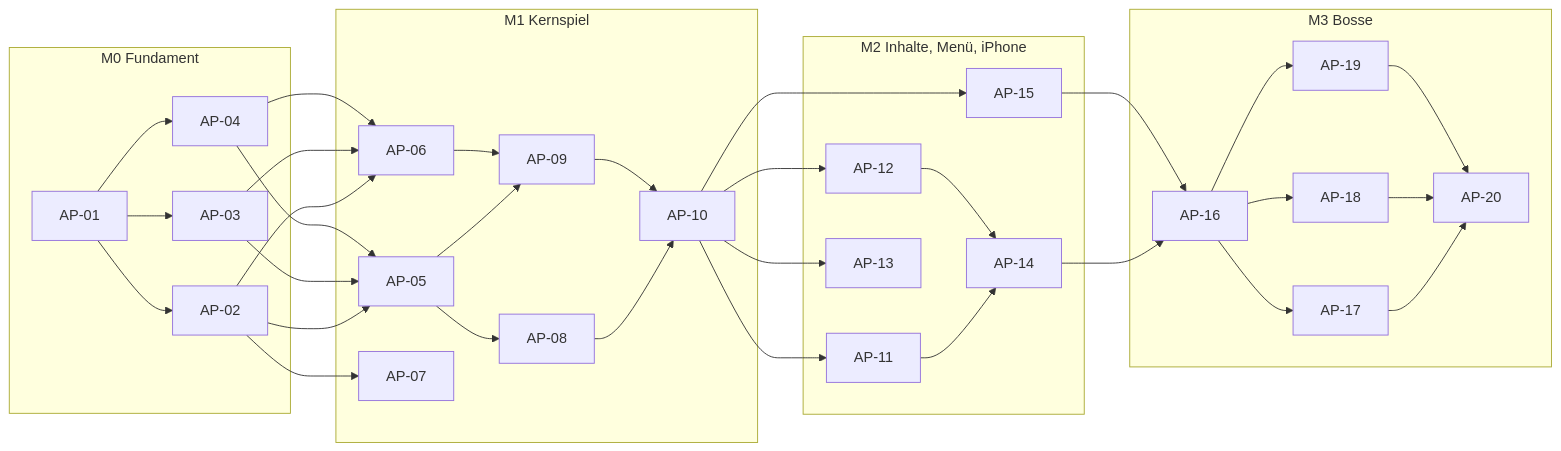
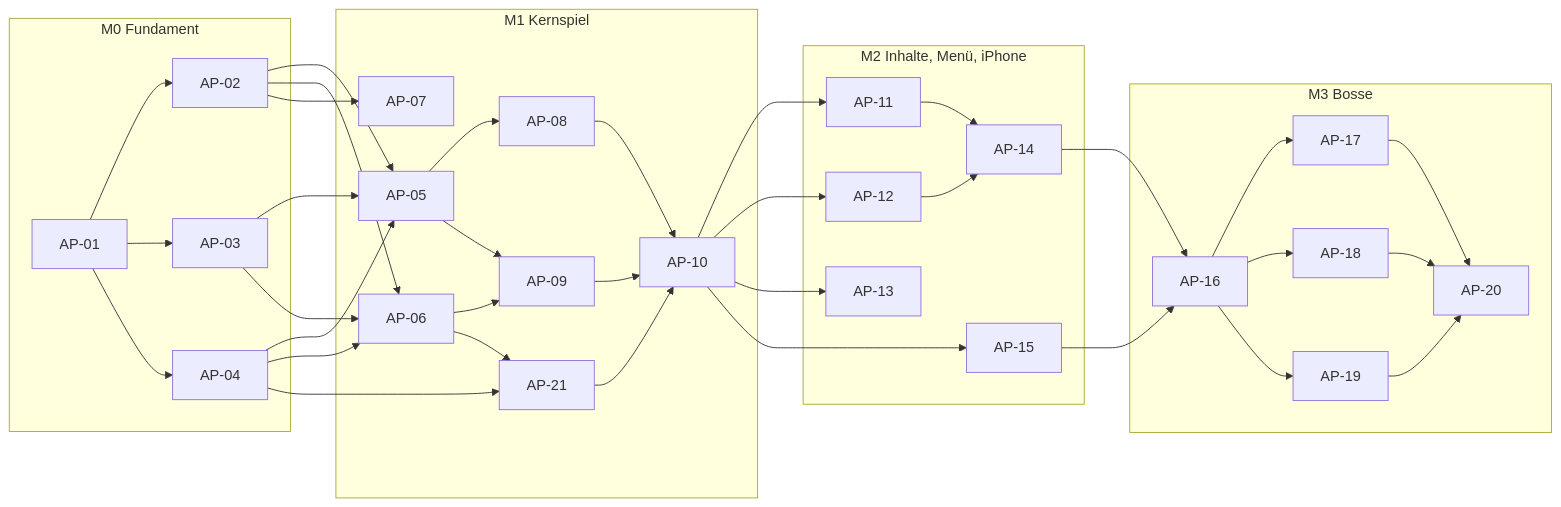
One commit to CemDCoding/360shooter changed the third of 3 diagrams in docs/masterBuildPlan.md. Above: the diagram before and after it, drawn with Mermaid. The commit also changed other lines of this file, not shown here.

````diff
--- a/docs/masterBuildPlan.md
+++ b/docs/masterBuildPlan.md
@@ -582,26 +584,28 @@
 ```mermaid
 flowchart LR
   subgraph M0["M0 Fundament"]
     AP01["AP-01"] --> AP02["AP-02"] & AP03["AP-03"] & AP04["AP-04"]
   end
   subgraph M1["M1 Kernspiel"]
     AP05["AP-05"] --> AP08["AP-08"] & AP09["AP-09"]
     AP06["AP-06"] --> AP09
-    AP08 & AP09 --> AP10["AP-10"]
+    AP08 & AP09 & AP21 --> AP10["AP-10"]
     AP07["AP-07"]
+    AP21["AP-21"]
   end
   subgraph M2["M2 Inhalte, Menü, iPhone"]
     AP11["AP-11"] --> AP14["AP-14"]
     AP12["AP-12"] --> AP14
     AP13["AP-13"]
     AP15["AP-15"]
   end
   subgraph M3["M3 Bosse"]
     AP16["AP-16"] --> AP17["AP-17"] & AP18["AP-18"] & AP19["AP-19"]
     AP17 & AP18 & AP19 --> AP20["AP-20"]
   end
   AP02 & AP03 & AP04 --> AP05 & AP06
   AP02 --> AP07
+  AP04 & AP06 --> AP21
   AP10 --> AP11 & AP12 & AP13 & AP15
   AP14 & AP15 --> AP16
 ```
````
